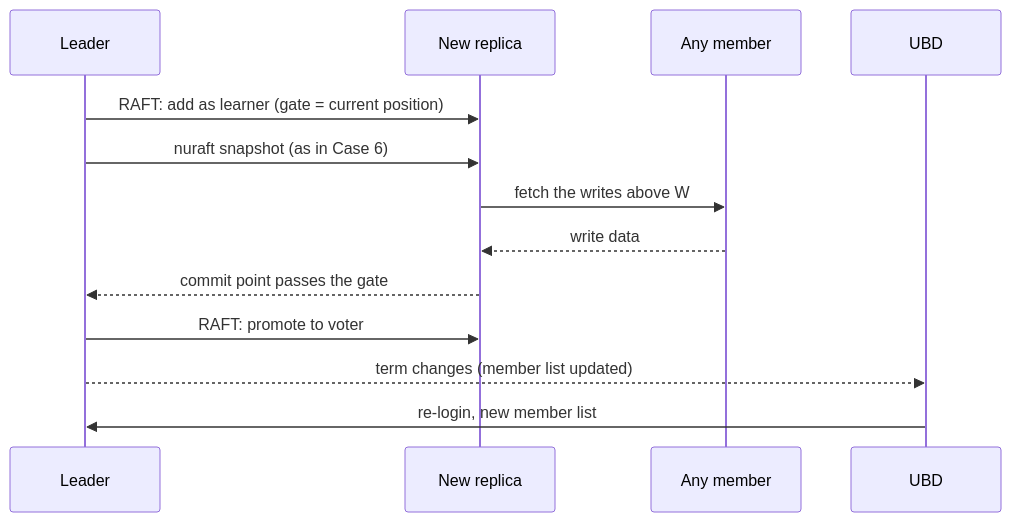
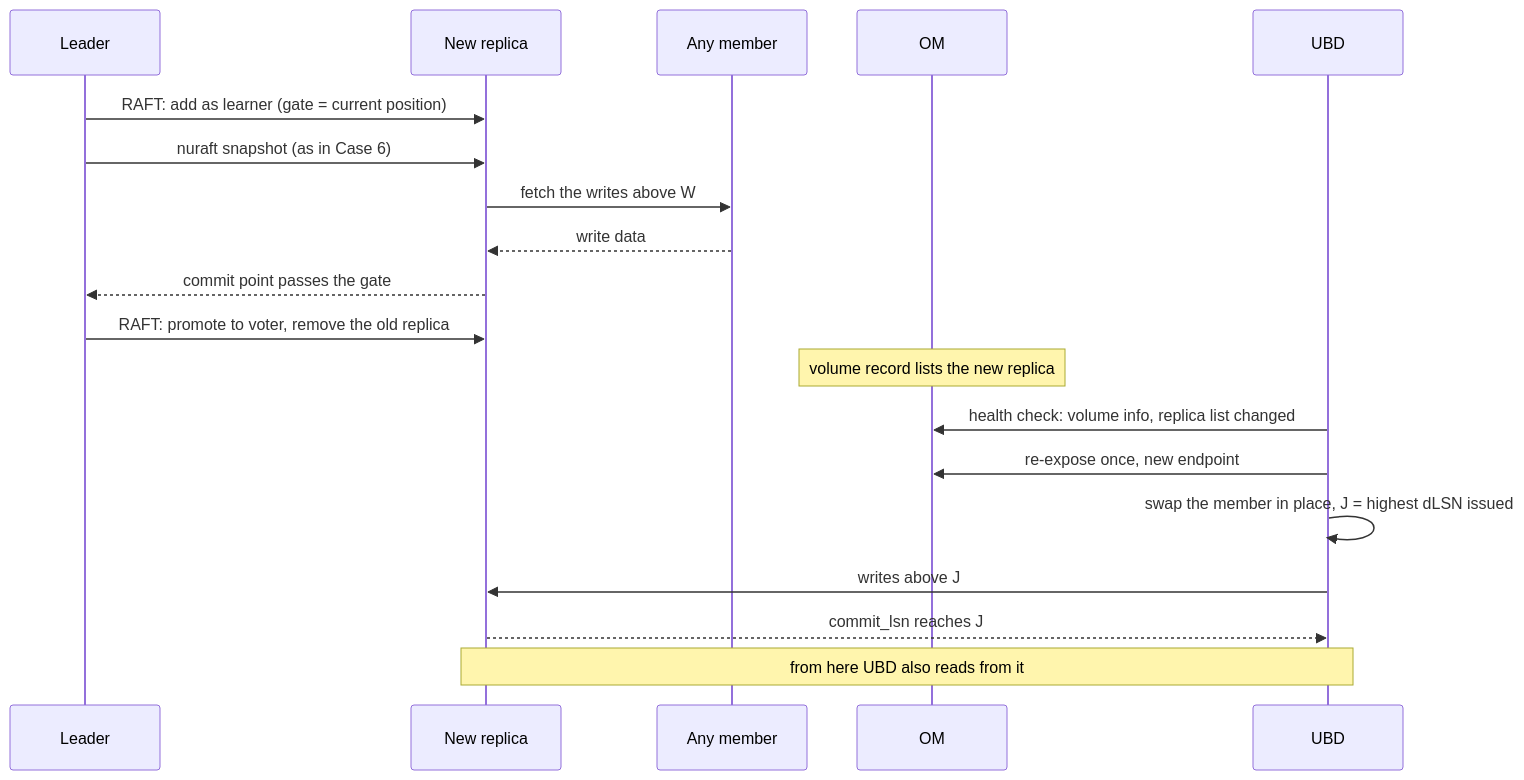
Before and after one commit to eBay/HomeBlocks: the seventh of 9 diagrams in docs/craft/resync.md, drawn with Mermaid. The commit also changed other lines of this file and 1 other file, not shown here.

First line of the commit message:
docs/craft: Case 7 -- UBD swaps the new member in place, no re-login

````diff
--- a/docs/craft/resync.md
+++ b/docs/craft/resync.md
@@ -403,15 +410,21 @@
 ```mermaid
 sequenceDiagram
     participant L as Leader
     participant N as New replica
     participant P as Any member
+    participant O as OM
     participant C as UBD
     L->>N: RAFT: add as learner (gate = current position)
     L->>N: nuraft snapshot (as in Case 6)
     N->>P: fetch the writes above W
     P-->>N: write data
     N-->>L: commit point passes the gate
-    L->>N: RAFT: promote to voter
-    L-->>C: term changes (member list updated)
-    C->>L: re-login, new member list
+    L->>N: RAFT: promote to voter, remove the old replica
+    Note over O: volume record lists the new replica
+    C->>O: health check: volume info, replica list changed
+    C->>O: re-expose once, new endpoint
+    C->>C: swap the member in place, J = highest dLSN issued
+    C->>N: writes above J
+    N-->>C: commit_lsn reaches J
+    Note over C,N: from here UBD also reads from it
 ```
````
